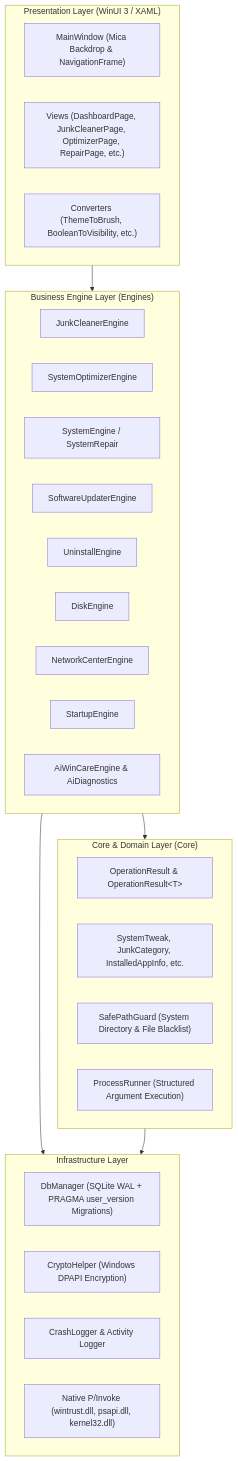
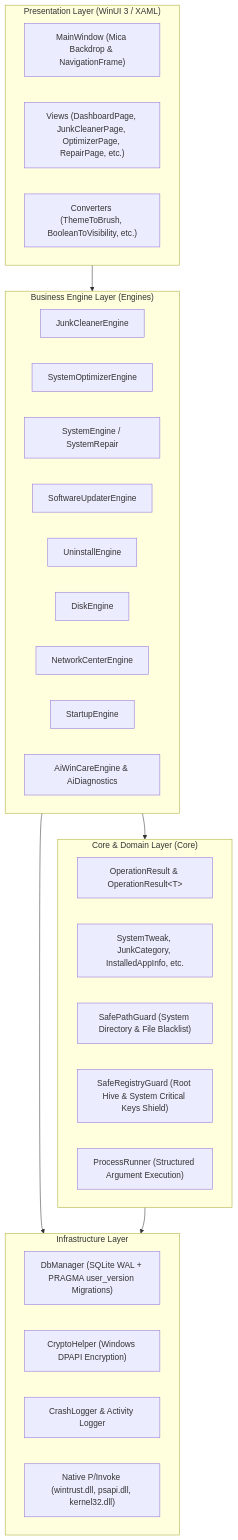
One commit to Nguyen-Trung-Tien/WinCarePro changed the diagram in docs/SYSTEM_OVERVIEW.md. Above: the diagram before and after it, drawn with Mermaid. The commit also changed other lines of this file and 36 other files, not shown here.

````diff
--- a/docs/SYSTEM_OVERVIEW.md
+++ b/docs/SYSTEM_OVERVIEW.md
@@ -26,39 +26,40 @@
 ```mermaid
 graph TD
     subgraph Presentation_Layer ["Presentation Layer (WinUI 3 / XAML)"]
         MainWindow["MainWindow (Mica Backdrop & NavigationFrame)"]
         Pages["Views (DashboardPage, JunkCleanerPage, OptimizerPage, RepairPage, etc.)"]
         Converters["Converters (ThemeToBrush, BooleanToVisibility, etc.)"]
     end
 
     subgraph Business_Engines ["Business Engine Layer (Engines)"]
         JunkEngine["JunkCleanerEngine"]
         OptEngine["SystemOptimizerEngine"]
         RepairEngine["SystemEngine / SystemRepair"]
         UpdateEngine["SoftwareUpdaterEngine"]
         UninstallEngine["UninstallEngine"]
         DiskEngine["DiskEngine"]
         NetworkEngine["NetworkCenterEngine"]
         StartupEngine["StartupEngine"]
         AiEngine["AiWinCareEngine & AiDiagnostics"]
     end
 
     subgraph Core_Domain ["Core & Domain Layer (Core)"]
         OpResult["OperationResult & OperationResult&lt;T&gt;"]
         Models["SystemTweak, JunkCategory, InstalledAppInfo, etc."]
         SafeGuard["SafePathGuard (System Directory & File Blacklist)"]
+        SafeReg["SafeRegistryGuard (Root Hive & System Critical Keys Shield)"]
         ProcRunner["ProcessRunner (Structured Argument Execution)"]
     end
 
     subgraph Infrastructure_Layer ["Infrastructure Layer"]
         DbManager["DbManager (SQLite WAL + PRAGMA user_version Migrations)"]
         CryptoHelper["CryptoHelper (Windows DPAPI Encryption)"]
         CrashLogger["CrashLogger & Activity Logger"]
         Win32Interop["Native P/Invoke (wintrust.dll, psapi.dll, kernel32.dll)"]
     end
 
     Presentation_Layer --> Business_Engines
     Business_Engines --> Core_Domain
     Business_Engines --> Infrastructure_Layer
     Core_Domain --> Infrastructure_Layer
 ```
````
